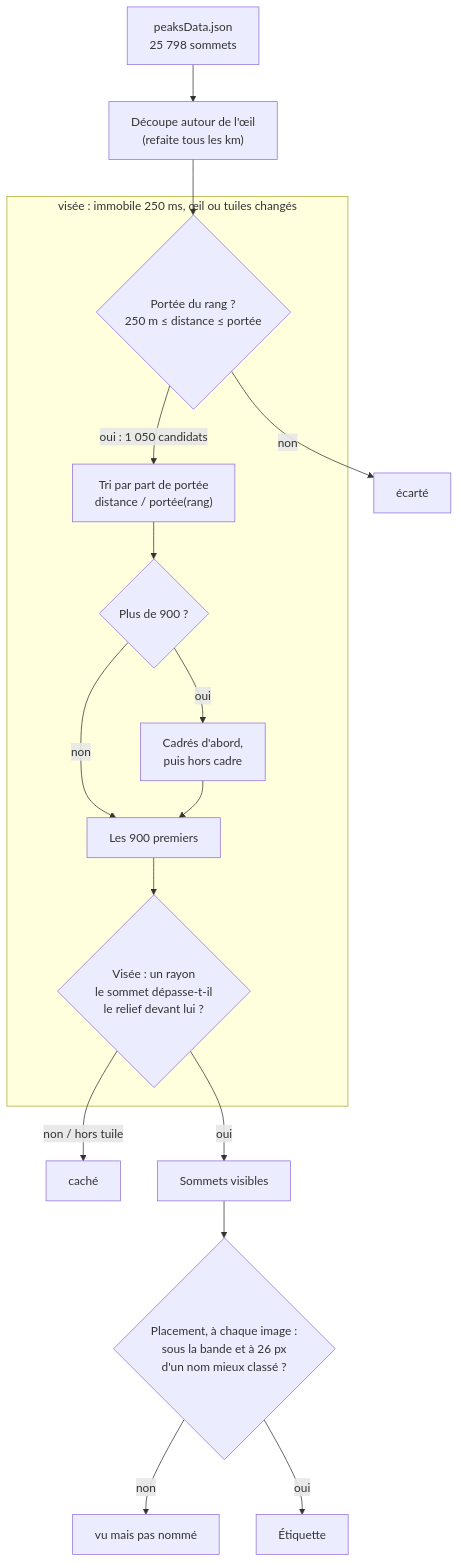
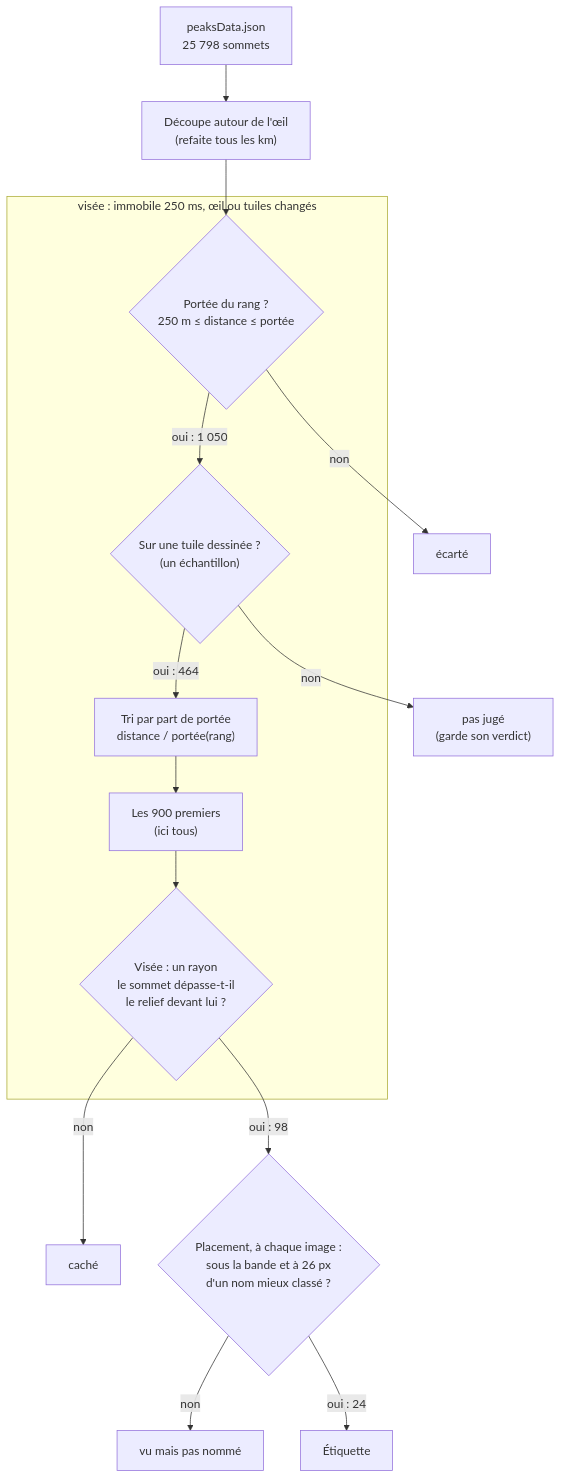
One commit to Plonk42/open-cairn changed the second of 2 diagrams in docs/UI_SHELL_AND_RESPONSIVE.md. Above: the diagram before and after it, drawn with Mermaid. The commit also changed other lines of this file and 1 other file, not shown here.

````diff
--- a/docs/UI_SHELL_AND_RESPONSIVE.md
+++ b/docs/UI_SHELL_AND_RESPONSIVE.md
@@ -893,26 +894,23 @@
 ```mermaid
 flowchart TD
     A["peaksData.json<br/>25 798 sommets"] --> B["Découpe autour de l'œil<br/>(refaite tous les km)"]
     B --> C{"Portée du rang ?<br/>250 m ≤ distance ≤ portée"}
     C -- non --> X1[écarté]
-    C -- "oui : 1 050 candidats" --> D["Tri par part de portée<br/>distance / portée(rang)"]
-    D --> E{"Plus de 900 ?"}
-    E -- non --> G
-    E -- oui --> F["Cadrés d'abord,<br/>puis hors cadre"]
-    F --> G["Les 900 premiers"]
+    C -- "oui : 1 050" --> S{"Sur une tuile dessinée ?<br/>(un échantillon)"}
+    S -- non --> X0["pas jugé<br/>(garde son verdict)"]
+    S -- "oui : 464" --> D["Tri par part de portée<br/>distance / portée(rang)"]
+    D --> G["Les 900 premiers<br/>(ici tous)"]
     G --> H{"Visée : un rayon<br/>le sommet dépasse-t-il<br/>le relief devant lui ?"}
-    H -- non / hors tuile --> X2[caché]
-    H -- oui --> I["Sommets visibles"]
-    I --> J{"Placement, à chaque image :<br/>sous la bande et à 26 px<br/>d'un nom mieux classé ?"}
+    H -- non --> X2[caché]
+    H -- "oui : 98" --> J{"Placement, à chaque image :<br/>sous la bande et à 26 px<br/>d'un nom mieux classé ?"}
     J -- non --> X3[vu mais pas nommé]
-    J -- oui --> K["Étiquette"]
+    J -- "oui : 24" --> K["Étiquette"]
 
     subgraph visee ["visée : immobile 250 ms, œil ou tuiles changés"]
         C
+        S
         D
-        E
-        F
         G
         H
     end
 ```
````
